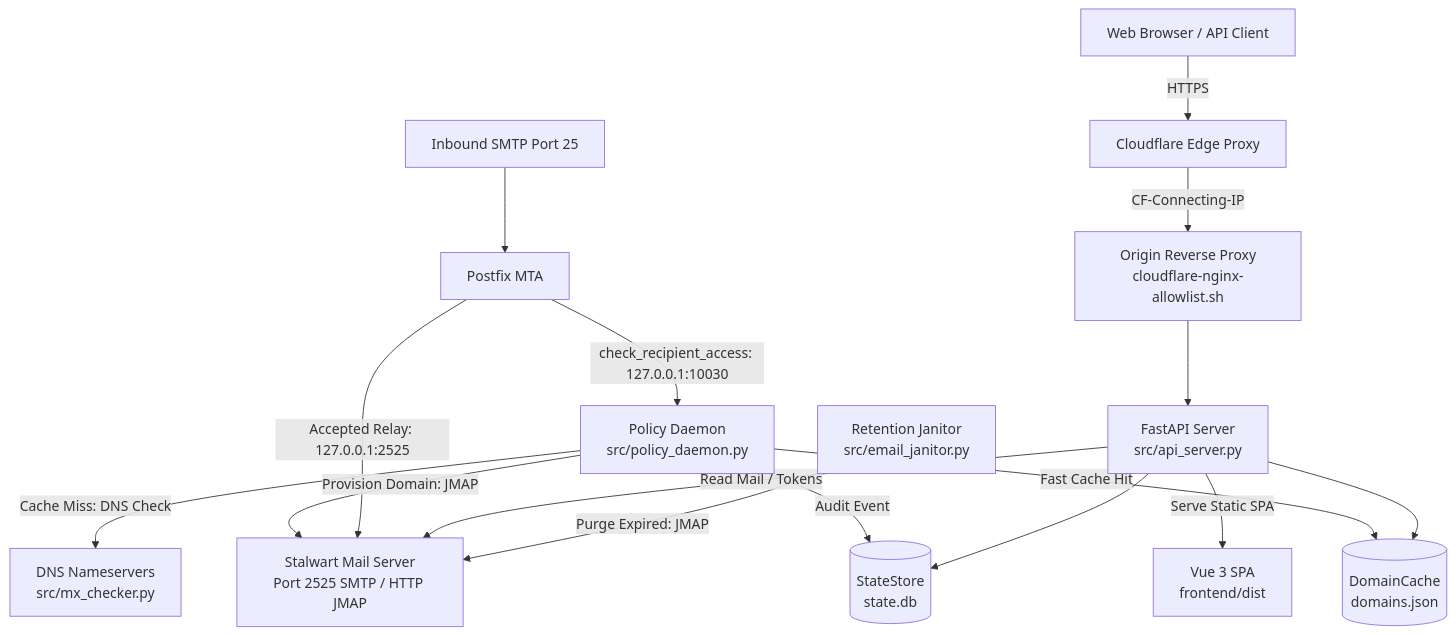
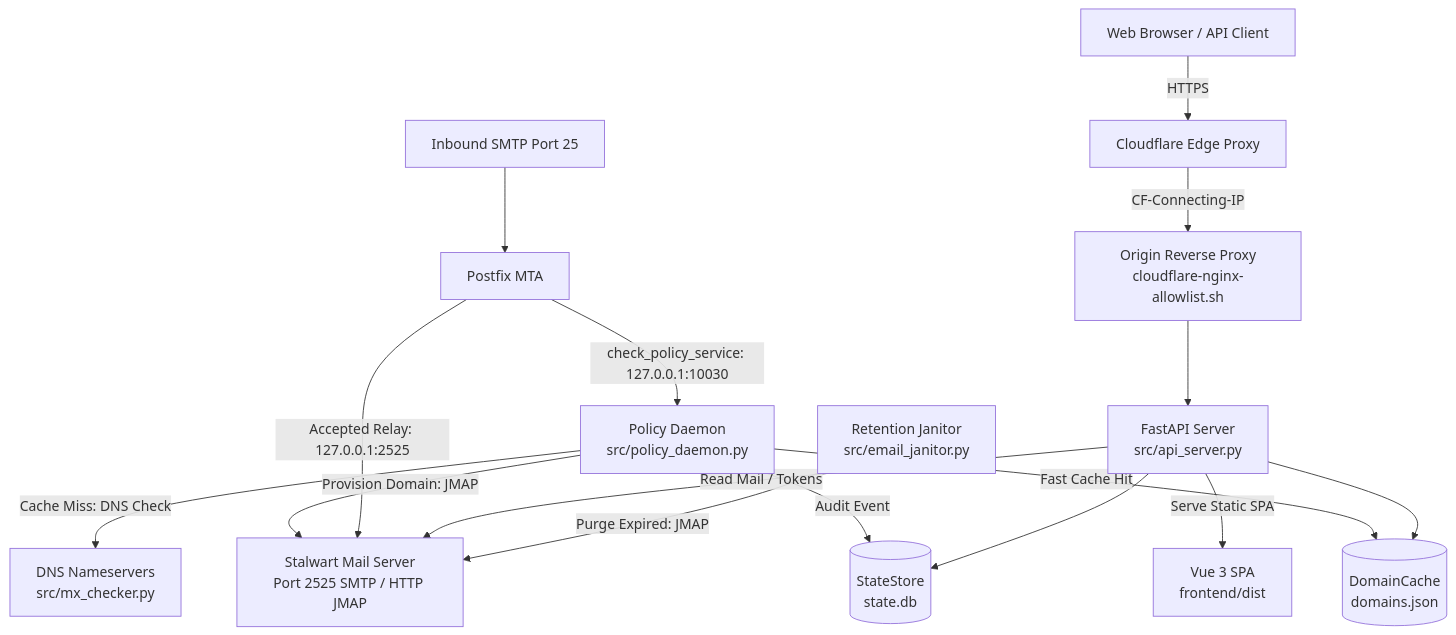
Before and after one commit to arcrek/tmail: the diagram in docs/architecture.md, drawn with Mermaid. The commit also changed other lines of this file and 4 other files, not shown here.

````diff
--- a/docs/architecture.md
+++ b/docs/architecture.md
@@ -13,23 +13,23 @@
 ```mermaid
 flowchart TD
     InternetInbound["Inbound SMTP Port 25"] --> Postfix["Postfix MTA"]
-    Postfix -->|"check_recipient_access: 127.0.0.1:10030"| PolicyDaemon["Policy Daemon\nsrc/policy_daemon.py"]
-    
+    Postfix -->|"check_policy_service: 127.0.0.1:10030"| PolicyDaemon["Policy Daemon\nsrc/policy_daemon.py"]
+
     PolicyDaemon -->|"Fast Cache Hit"| DomainCache[("DomainCache\ndomains.json")]
     PolicyDaemon -->|"Cache Miss: DNS Check"| DNS["DNS Nameservers\nsrc/mx_checker.py"]
     PolicyDaemon -->|"Provision Domain: JMAP"| Stalwart["Stalwart Mail Server\nPort 2525 SMTP / HTTP JMAP"]
     PolicyDaemon -->|"Audit Event"| StateStore[("StateStore\nstate.db")]
 
     Postfix -->|"Accepted Relay: 127.0.0.1:2525"| Stalwart
 
     Client["Web Browser / API Client"] -->|"HTTPS"| Cloudflare["Cloudflare Edge Proxy"]
     Cloudflare -->|"CF-Connecting-IP"| Nginx["Origin Reverse Proxy\ncloudflare-nginx-allowlist.sh"]
     Nginx --> ApiServer["FastAPI Server\nsrc/api_server.py"]
-    
+
     ApiServer --> StateStore
     ApiServer --> DomainCache
     ApiServer -->|"Read Mail / Tokens"| Stalwart
     ApiServer -->|"Serve Static SPA"| Frontend["Vue 3 SPA\nfrontend/dist"]
-    
+
     Janitor["Retention Janitor\nsrc/email_janitor.py"] -->|"Purge Expired: JMAP"| Stalwart
 ```
````
